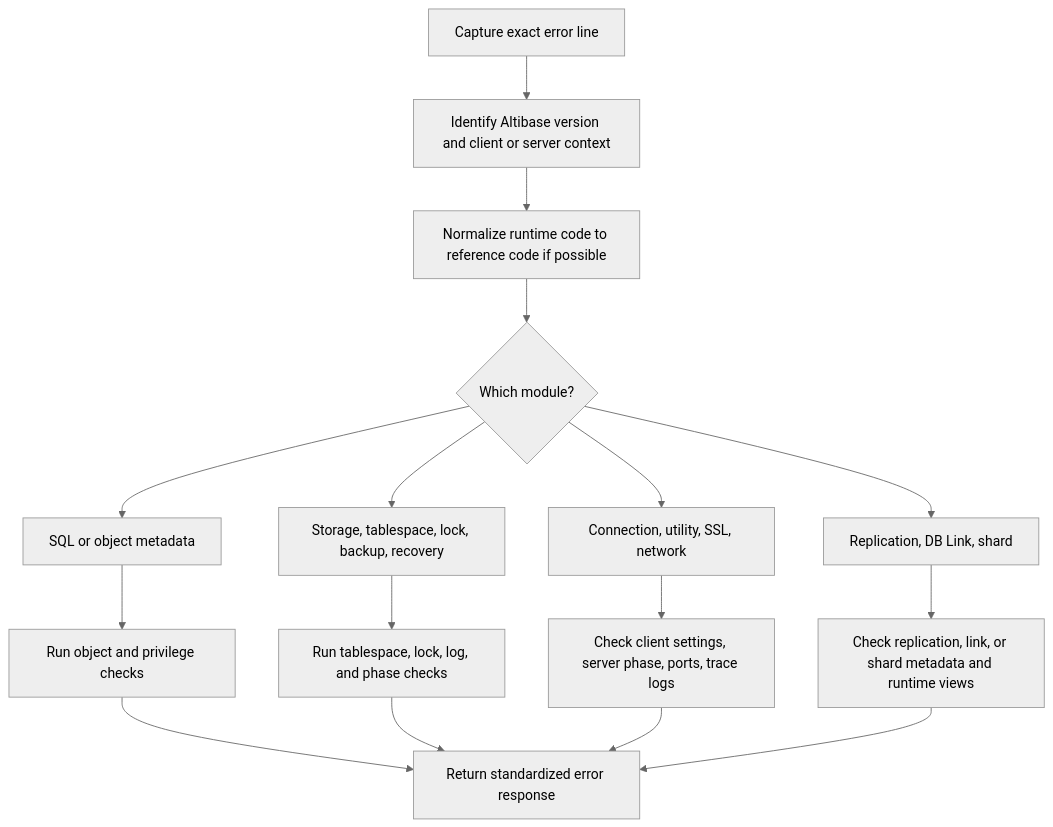
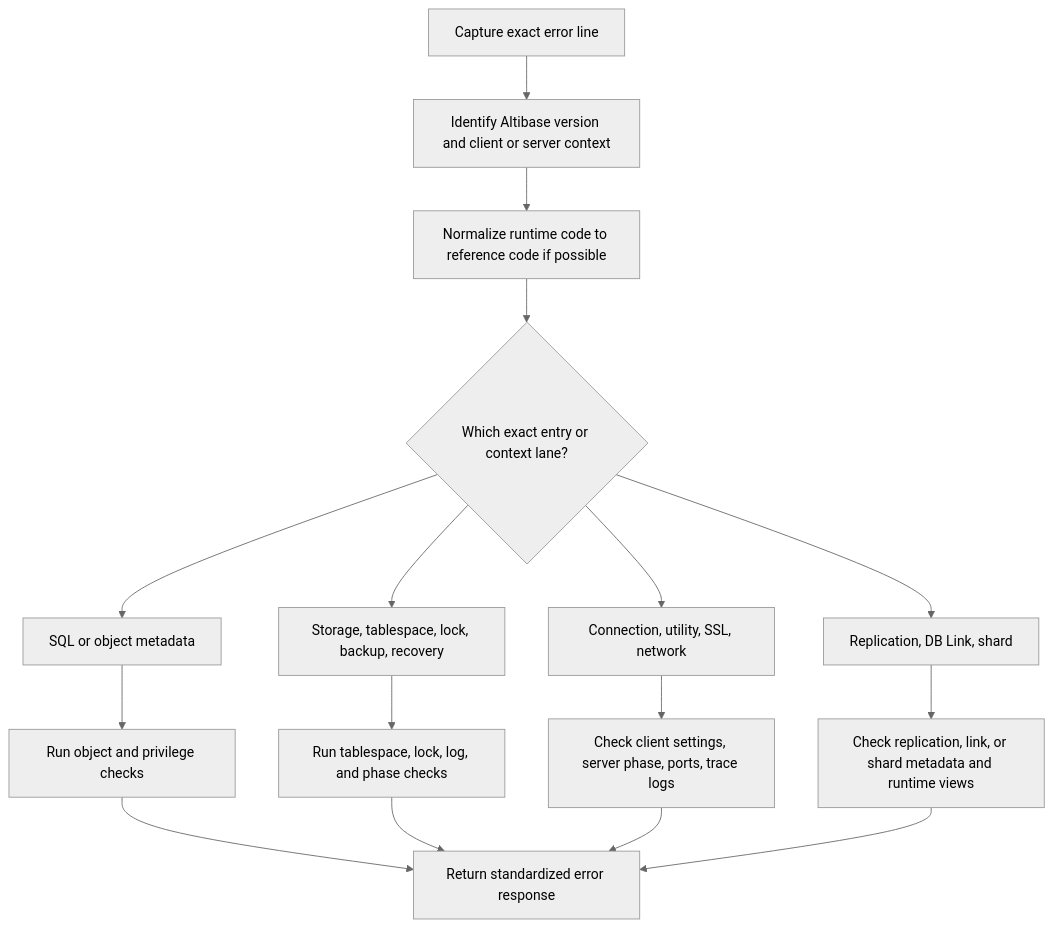
The diagram in GPTs/attachments/07_error_messages_troubleshooting.md (et16kr/AltibaseDocuments), drawn with Mermaid (neutral theme) before and after one commit. The commit also changed other lines of this file and 6 other files, not shown here.

````diff
--- a/GPTs/attachments/07_error_messages_troubleshooting.md
+++ b/GPTs/attachments/07_error_messages_troubleshooting.md
@@ -149,18 +159,18 @@
 ```mermaid
 flowchart TD
   A[Capture exact error line] --> B[Identify Altibase version and client or server context]
   B --> C[Normalize runtime code to reference code if possible]
-  C --> D{Which module?}
+  C --> D{Which exact entry or context lane?}
   D --> E[SQL or object metadata]
   D --> F[Storage, tablespace, lock, backup, recovery]
   D --> G[Connection, utility, SSL, network]
   D --> H[Replication, DB Link, shard]
   E --> I[Run object and privilege checks]
   F --> J[Run tablespace, lock, log, and phase checks]
   G --> K[Check client settings, server phase, ports, trace logs]
   H --> L[Check replication, link, or shard metadata and runtime views]
   I --> M[Return standardized error response]
   J --> M
   K --> M
   L --> M
 ```
````
